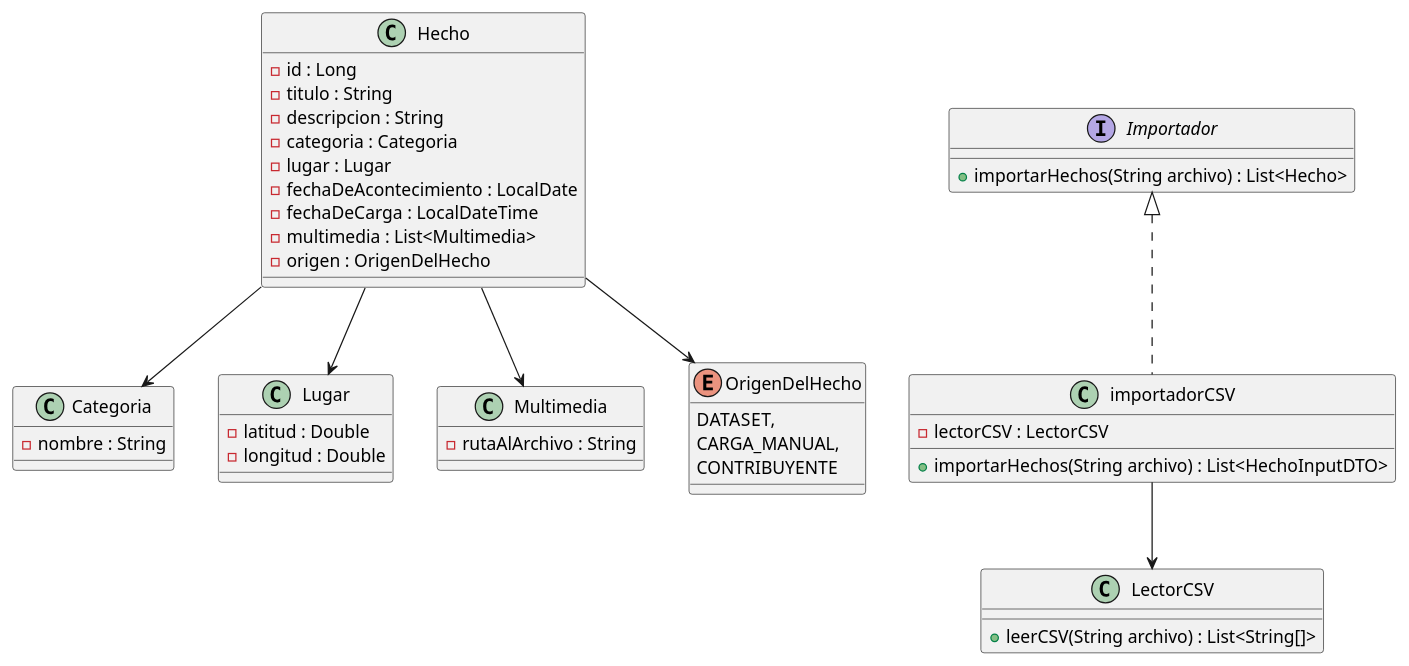
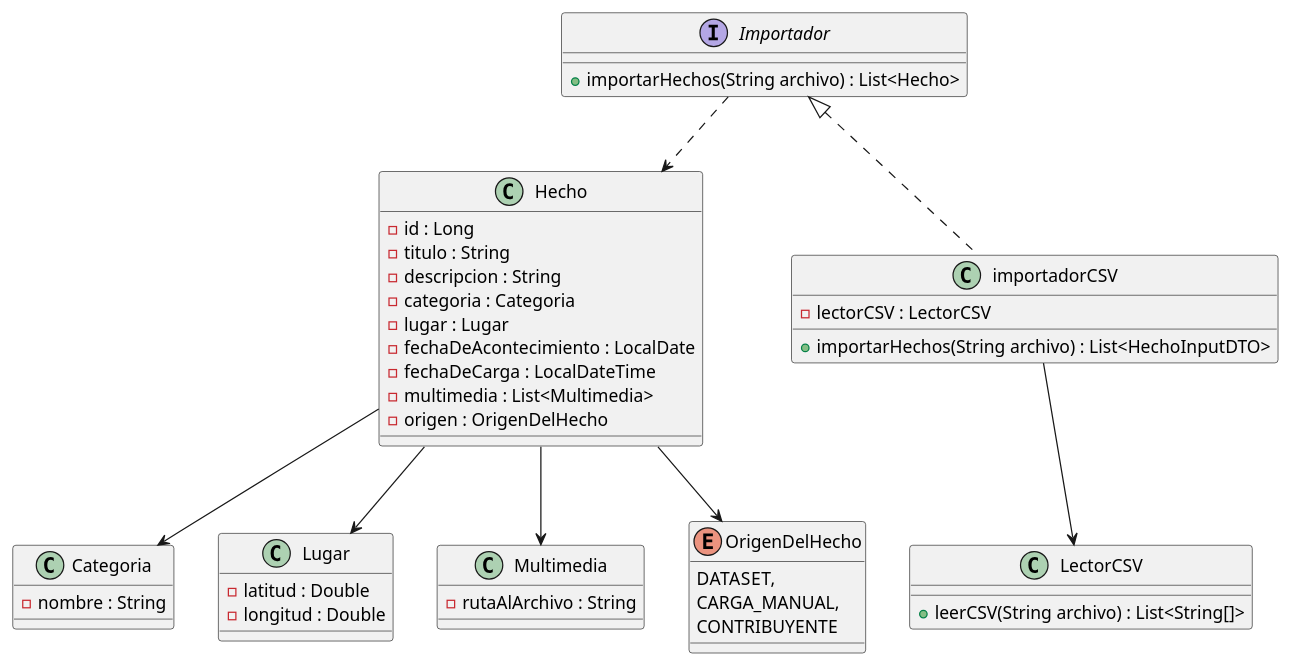
One commit to vclevy/MetaMapa changed the diagram in FuenteEstatica/src/main/diagramaDeClases/ddcFuenteEstatica.puml. Above: the diagram before and after it, drawn with PlantUML. The commit also changed 8 other files, not shown here.

```diff
--- a/FuenteEstatica/src/main/diagramaDeClases/ddcFuenteEstatica.puml
+++ b/FuenteEstatica/src/main/diagramaDeClases/ddcFuenteEstatica.puml
@@ -1,57 +1,58 @@
 @startuml
 class Hecho {
     - id : Long
     - titulo : String
     - descripcion : String
     - categoria : Categoria
     - lugar : Lugar
     - fechaDeAcontecimiento : LocalDate
     - fechaDeCarga : LocalDateTime
     - multimedia : List<Multimedia>
     - origen : OrigenDelHecho
 }
 
 class Categoria {
     - nombre : String
 }
 
 class Lugar {
     - latitud : Double
     - longitud : Double
 }
 
 class Multimedia {
     - rutaAlArchivo : String
 }
 
 enum OrigenDelHecho {
     DATASET,
     CARGA_MANUAL,
     CONTRIBUYENTE
 }
 
 interface Importador {
     + importarHechos(String archivo) : List<Hecho>
 }
 
 class LectorCSV{
     + leerCSV(String archivo) : List<String[]>
 }
 
 class importadorCSV implements Importador{
     - lectorCSV : LectorCSV
 
     + importarHechos(String archivo) : List<HechoInputDTO>
 }
 
 
 
 Hecho --> Lugar
 Hecho --> Multimedia
 Hecho --> OrigenDelHecho
 Hecho --> Categoria
 importadorCSV --> LectorCSV
+Importador ..> Hecho
 
 
 
 @enduml
```
